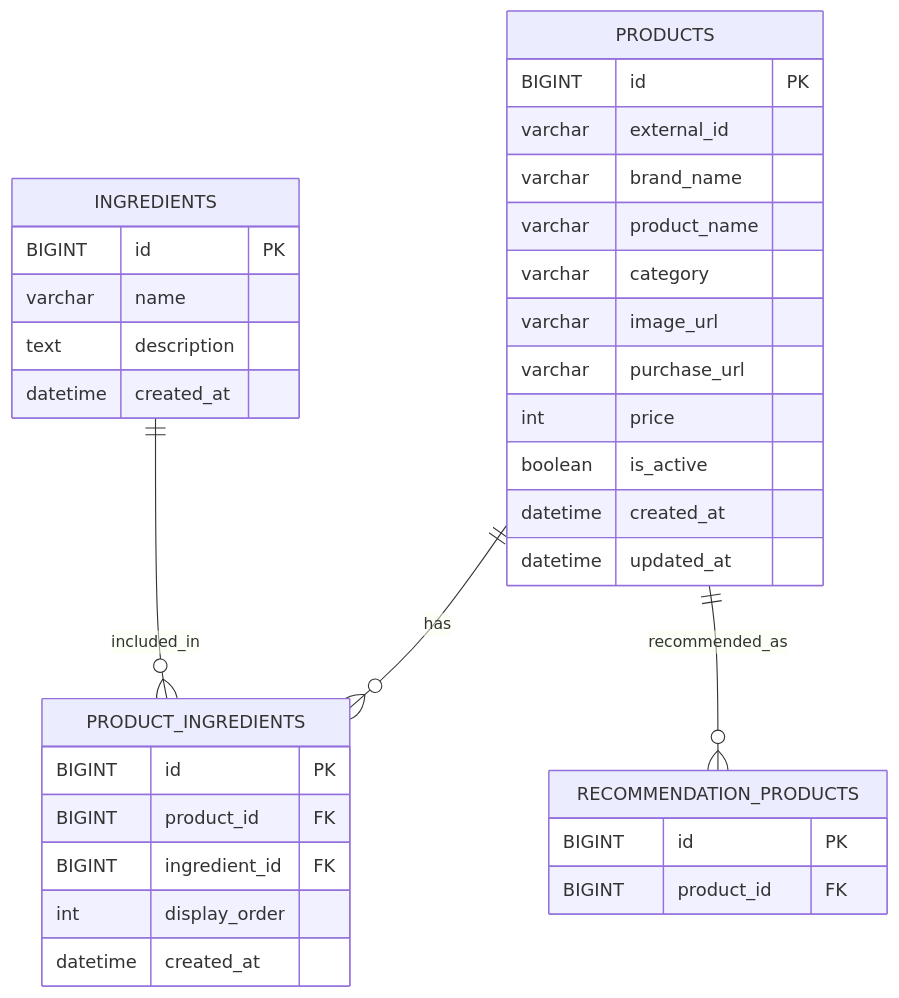
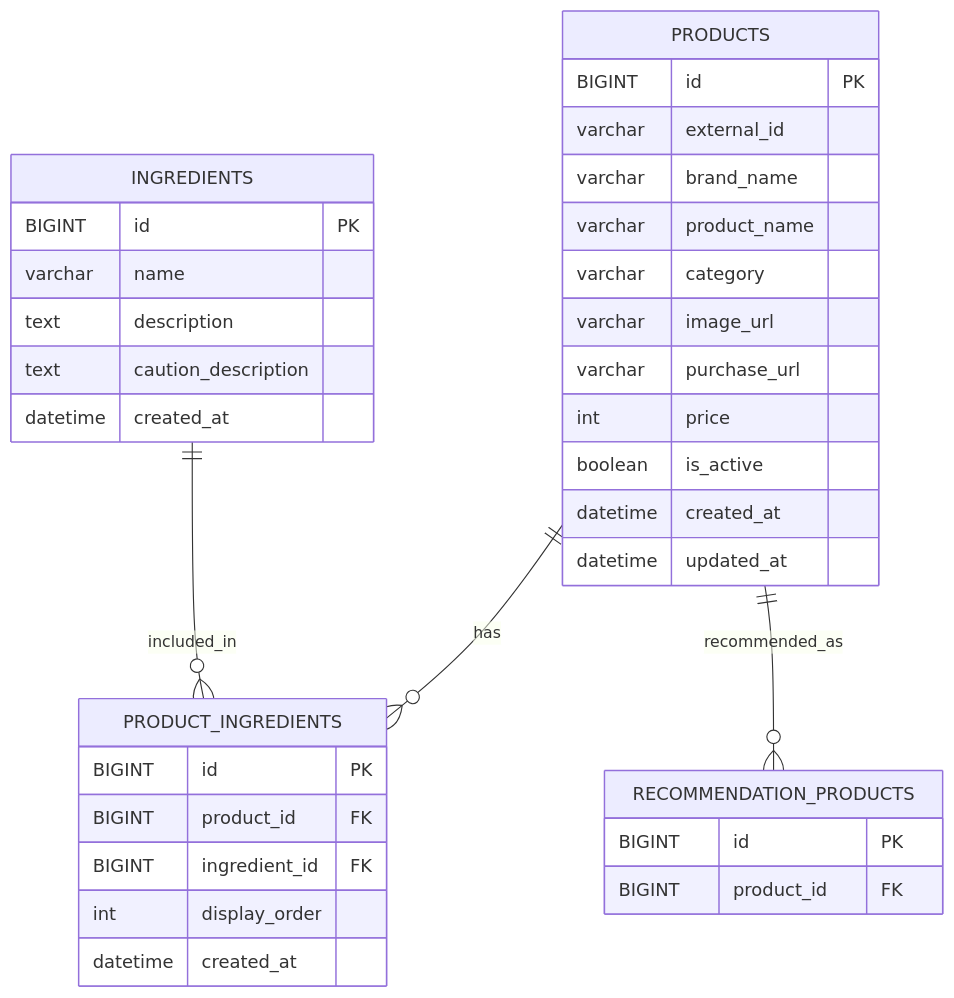
Before and after one commit to Leets-Official/K-Beauty-BE: the diagram in docs/product-erd.md, drawn with Mermaid. The commit also changed other lines of this file and 1 other file, not shown here.

````diff
--- a/docs/product-erd.md
+++ b/docs/product-erd.md
@@ -5,40 +5,41 @@
 ```mermaid
 erDiagram
     PRODUCTS ||--o{ PRODUCT_INGREDIENTS : has
     INGREDIENTS ||--o{ PRODUCT_INGREDIENTS : included_in
     PRODUCTS ||--o{ RECOMMENDATION_PRODUCTS : recommended_as
 
     PRODUCTS {
       BIGINT id PK
       varchar external_id
       varchar brand_name
       varchar product_name
       varchar category
       varchar image_url
       varchar purchase_url
       int price
       boolean is_active
       datetime created_at
       datetime updated_at
     }
 
     INGREDIENTS {
       BIGINT id PK
       varchar name
       text description
+      text caution_description
       datetime created_at
     }
 
     PRODUCT_INGREDIENTS {
       BIGINT id PK
       BIGINT product_id FK
       BIGINT ingredient_id FK
       int display_order
       datetime created_at
     }
 
     RECOMMENDATION_PRODUCTS {
       BIGINT id PK
       BIGINT product_id FK
     }
 ```
````
